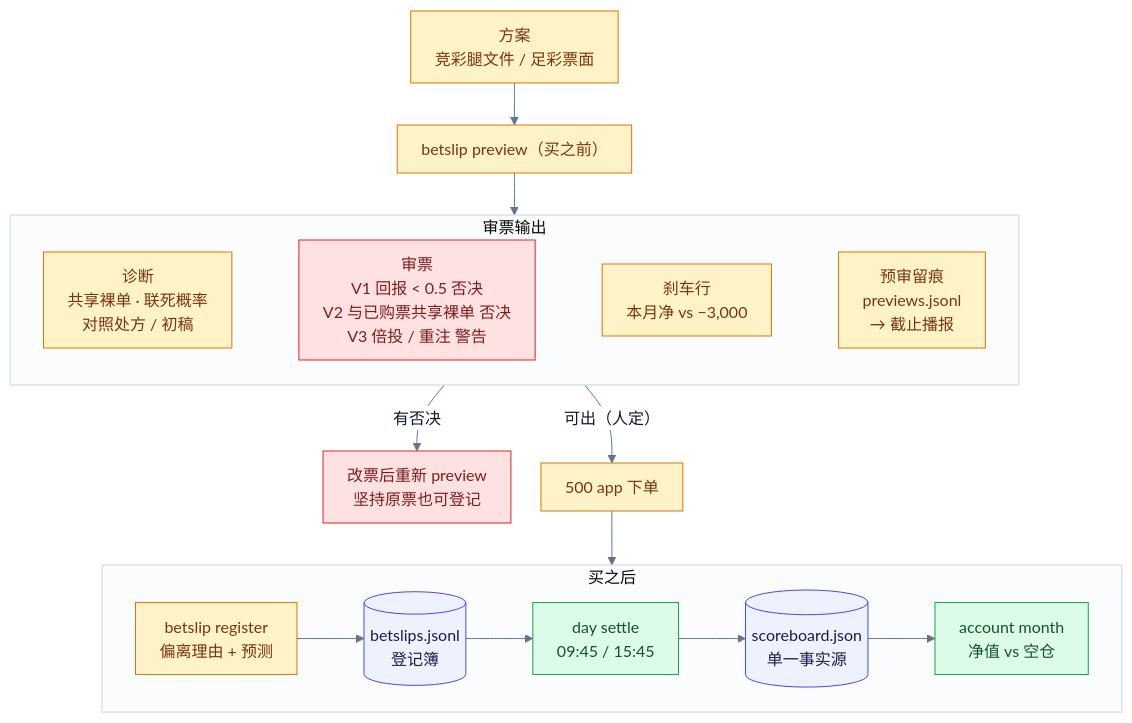
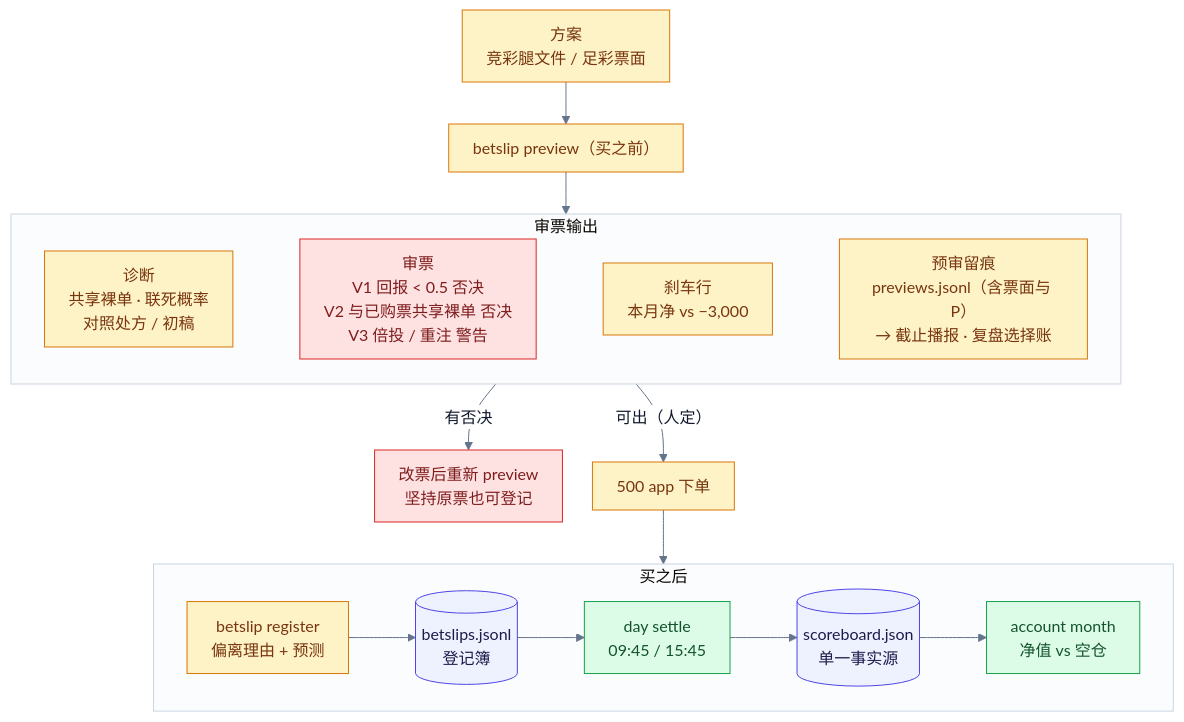
Before and after one commit to Jerenus/Nutmeg: the seventh of 11 diagrams in docs/ARCHITECTURE.md, drawn with Mermaid. The commit also changed 6 other files, not shown here.

````diff
--- a/docs/ARCHITECTURE.md
+++ b/docs/ARCHITECTURE.md
@@ -398,26 +398,26 @@
 ```mermaid
 %%{init: {"theme": "base", "themeVariables": {"fontSize": "16px", "lineColor": "#64748B", "clusterBkg": "#FBFCFE", "clusterBorder": "#CBD5E1", "edgeLabelBackground": "#FFFFFF", "primaryTextColor": "#0F172A"}, "flowchart": {"curve": "basis", "padding": 12, "nodeSpacing": 30, "rankSpacing": 42}}}%%
 flowchart TB
   A["方案<br/>竞彩腿文件 / 足彩票面"] --> B["betslip preview（买之前）"]
   subgraph PRE["审票输出"]
     direction LR
-    B1["诊断<br/>共享裸单 · 联死概率<br/>对照处方 / 初稿"] ~~~ B2["审票<br/>V1 回报 &lt; 0.5 否决<br/>V2 与已购票共享裸单 否决<br/>V3 倍投 / 重注 警告"] ~~~ B3["刹车行<br/>本月净 vs −3,000"] ~~~ B4["预审留痕<br/>previews.jsonl<br/>→ 截止播报"]
+    B1["诊断<br/>共享裸单 · 联死概率<br/>对照处方 / 初稿"] ~~~ B2["审票<br/>V1 回报 &lt; 0.5 否决<br/>V2 与已购票共享裸单 否决<br/>V3 倍投 / 重注 警告"] ~~~ B3["刹车行<br/>本月净 vs −3,000"] ~~~ B4["预审留痕<br/>previews.jsonl（含票面与 P）<br/>→ 截止播报 · 复盘选择账"]
   end
   B --> PRE
   PRE -->|"有否决"| RE["改票后重新 preview<br/>坚持原票也可登记"]
   PRE -->|"可出（人定）"| C["500 app 下单"]
   subgraph POST["买之后"]
     direction LR
     D["betslip register<br/>偏离理由 + 预测"] --> E[("betslips.jsonl<br/>登记簿")] --> F["day settle<br/>09:45 / 15:45"] --> G[("scoreboard.json<br/>单一事实源")] --> H["account month<br/>净值 vs 空仓"]
   end
   C --> POST
 
   classDef hum fill:#FEF3C7,stroke:#D97706,color:#78350F
   classDef warn fill:#FEE2E2,stroke:#DC2626,color:#7F1D1D
   classDef acc fill:#DCFCE7,stroke:#16A34A,color:#14532D
   classDef store fill:#EEF2FF,stroke:#4F46E5,color:#1E1B4B
   class A,B,B1,B3,B4,C,D hum
   class B2,RE warn
   class F,H acc
   class E,G store
 ```
````
